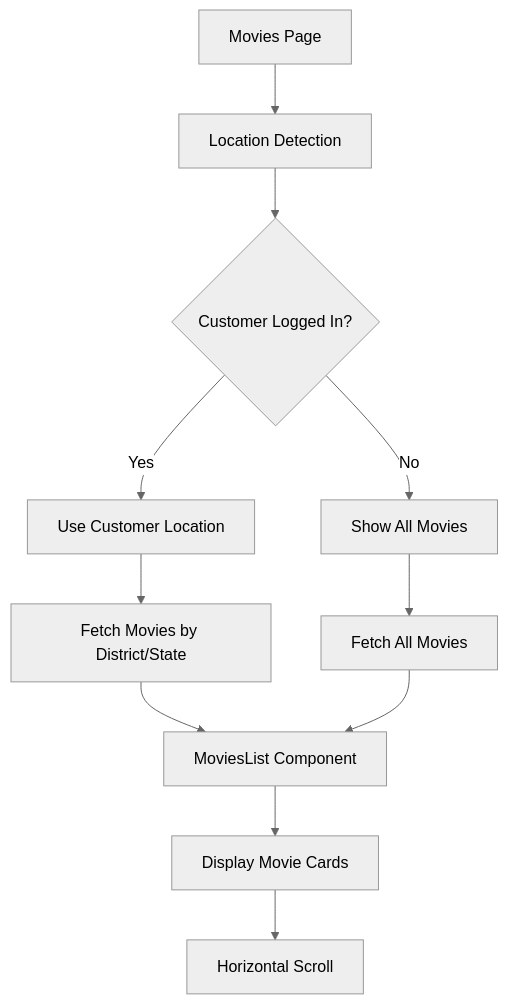
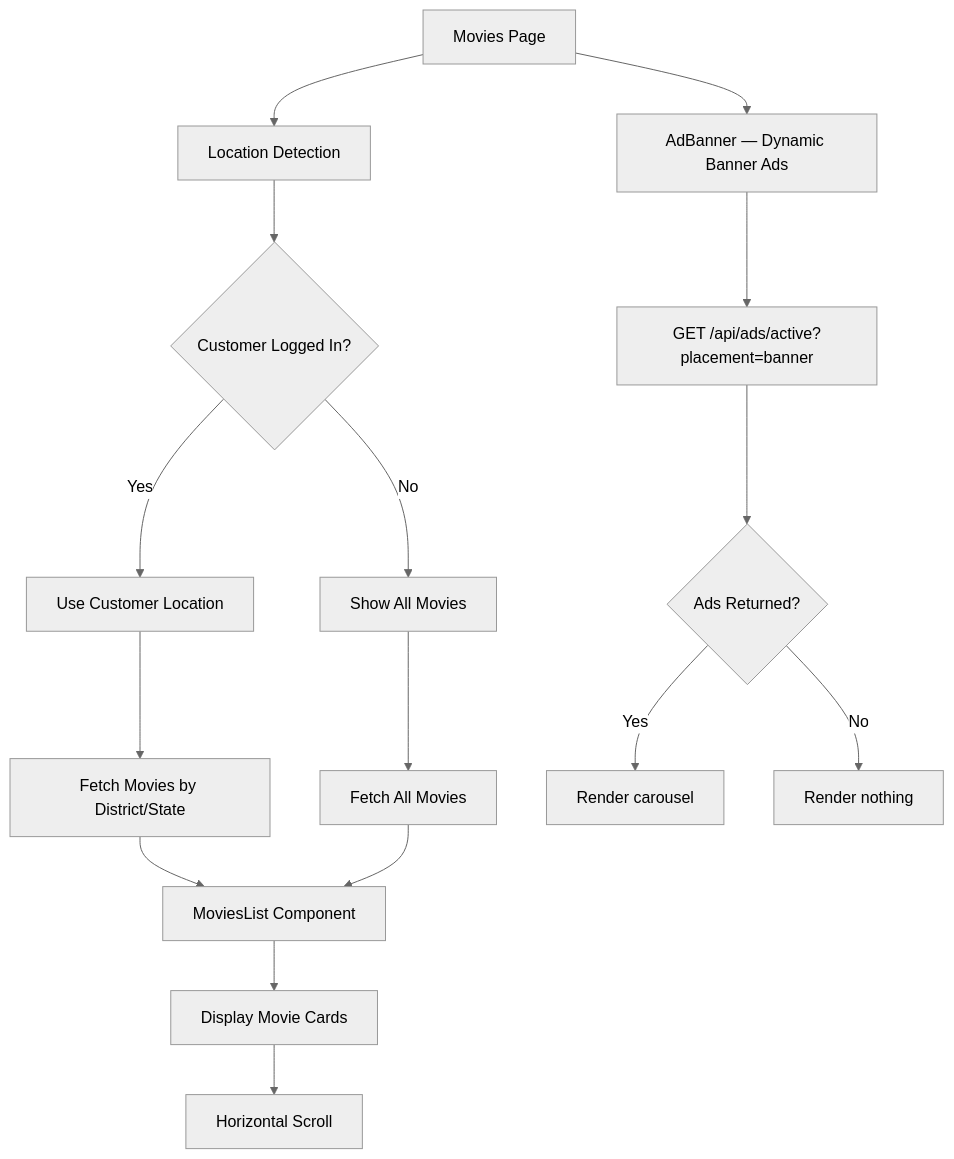
One commit to hduraimurugan/cinema-app-docs changed the fifth of 19 diagrams in users.md. Above: the diagram before and after it, drawn with Mermaid (neutral theme). The commit also changed other lines of this file and 4 other files, not shown here.

Commit message:
update: add Ads Management system with CRUD operations and integrate dynamic ad banners in user interface

````diff
--- a/users.md
+++ b/users.md
@@ -163,16 +163,22 @@
 ```mermaid
 flowchart TD
     A[Movies Page] --> B[Location Detection]
     B --> C{Customer Logged In?}
     C -->|Yes| D[Use Customer Location]
     C -->|No| E[Show All Movies]
 
     D --> F[Fetch Movies by District/State]
     E --> G[Fetch All Movies]
 
     F --> H[MoviesList Component]
     G --> H
 
     H --> I[Display Movie Cards]
     I --> J[Horizontal Scroll]
+
+    A --> K[AdBanner — Dynamic Banner Ads]
+    K --> L[GET /api/ads/active?placement=banner]
+    L --> M{Ads Returned?}
+    M -->|Yes| N[Render carousel]
+    M -->|No| O[Render nothing]
 ```
````
